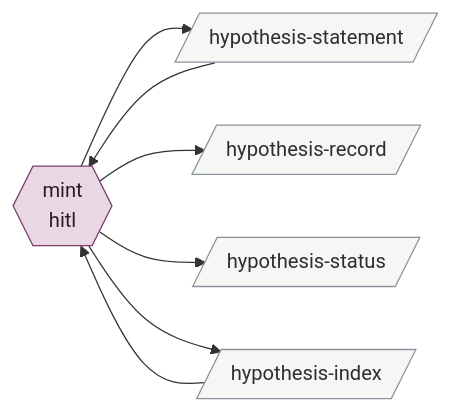
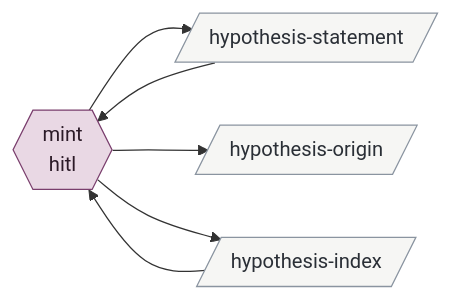
Before and after one commit to bc414/StoryPlanner: the fifth of 15 diagrams in .claude/skills/v3-buildout-2/map.md, drawn with Mermaid. The commit also changed other lines of this file and 25 other files, not shown here.

Commit message:
Making the hypothesis file schema

````diff
--- a/.claude/skills/v3-buildout-2/map.md
+++ b/.claude/skills/v3-buildout-2/map.md
@@ -181,21 +176,19 @@
 ```mermaid
 flowchart LR
   classDef hitl fill:#e9d8e4,stroke:#7a3e6d,color:#2b1a27
   classDef session fill:#dce6f0,stroke:#3b5b7c,color:#14202c
   classDef agent fill:#f5e6c8,stroke:#b7791f,color:#3a2a08
   classDef artifact fill:#f6f6f4,stroke:#8a94a0,color:#2a2f36
   classDef activity fill:#dcebdd,stroke:#4b7f52,color:#122816
   classDef terminus fill:#e4e4ea,stroke:#5b5b7a,color:#1c1c2c
   mint{{"mint<br/>hitl"}}:::hitl
   hypothesisindex[/"hypothesis-index"/]:::artifact
-  hypothesisrecord[/"hypothesis-record"/]:::artifact
+  hypothesisorigin[/"hypothesis-origin"/]:::artifact
   hypothesisstatement[/"hypothesis-statement"/]:::artifact
-  hypothesisstatus[/"hypothesis-status"/]:::artifact
 
   hypothesisindex --> mint
   hypothesisstatement --> mint
   mint --> hypothesisstatement
-  mint --> hypothesisrecord
-  mint --> hypothesisstatus
+  mint --> hypothesisorigin
   mint --> hypothesisindex
 ```
````
